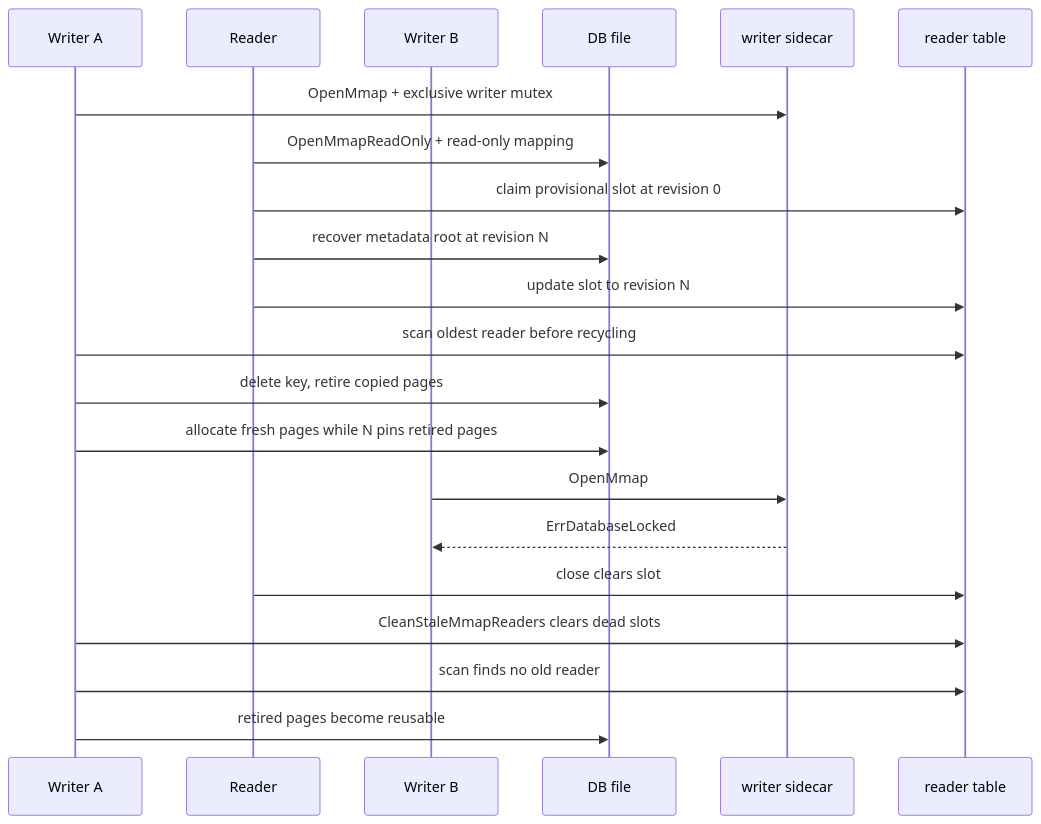
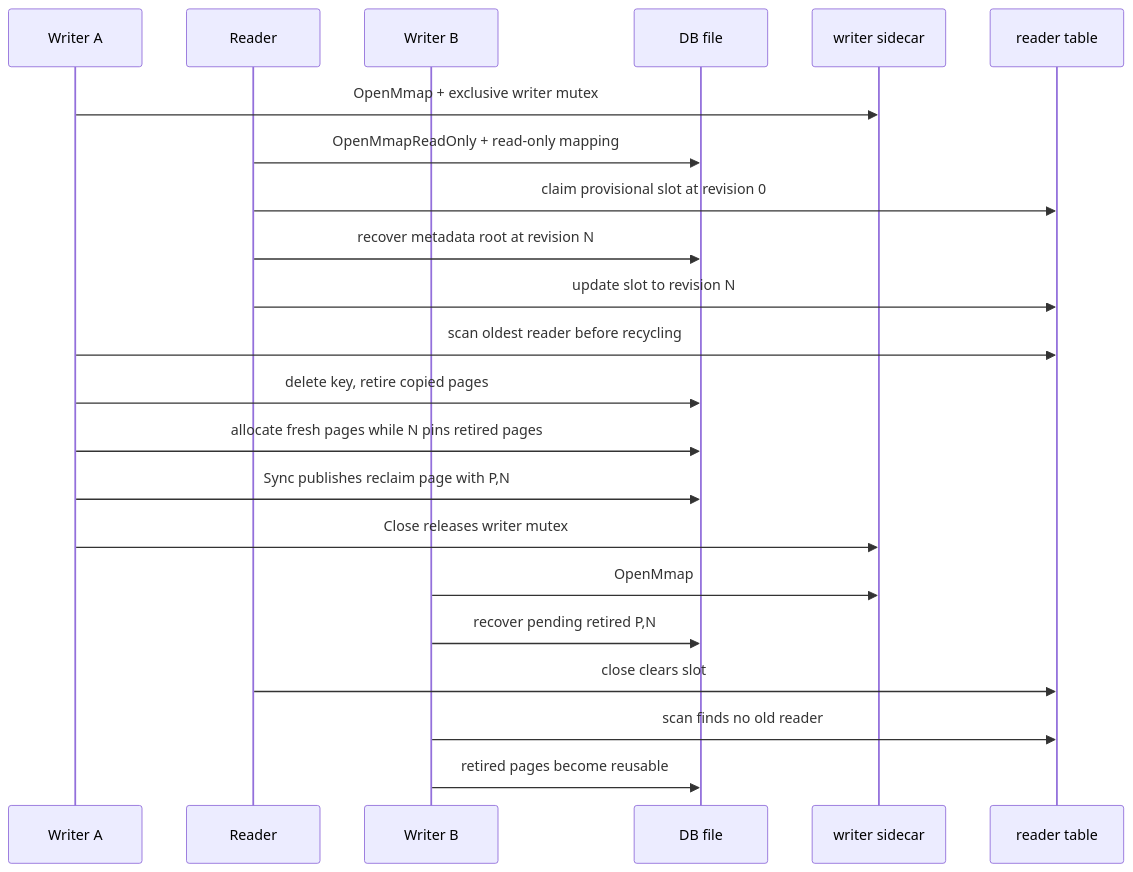
One commit to hadamrd/cow-btree-course changed the fourth of 4 diagrams in docs/08-mmap-backed-pages.md. Above: the diagram before and after it, drawn with Mermaid. The commit also changed other lines of this file and 9 other files, not shown here.

Commit message:
feat: persist mmap retired page records

````diff
--- a/docs/08-mmap-backed-pages.md
+++ b/docs/08-mmap-backed-pages.md
@@ -177,23 +177,24 @@
 ```mermaid
 sequenceDiagram
     participant A as Writer A
     participant R as Reader
     participant B as Writer B
     participant F as DB file
     participant L as writer sidecar
     participant T as reader table
     A->>L: OpenMmap + exclusive writer mutex
     R->>F: OpenMmapReadOnly + read-only mapping
     R->>T: claim provisional slot at revision 0
     R->>F: recover metadata root at revision N
     R->>T: update slot to revision N
     A->>T: scan oldest reader before recycling
     A->>F: delete key, retire copied pages
     A->>F: allocate fresh pages while N pins retired pages
+    A->>F: Sync publishes reclaim page with P,N
+    A->>L: Close releases writer mutex
     B->>L: OpenMmap
-    L-->>B: ErrDatabaseLocked
+    B->>F: recover pending retired P,N
     R->>T: close clears slot
-    A->>T: CleanStaleMmapReaders clears dead slots
-    A->>T: scan finds no old reader
-    A->>F: retired pages become reusable
+    B->>T: scan finds no old reader
+    B->>F: retired pages become reusable
 ```
````
